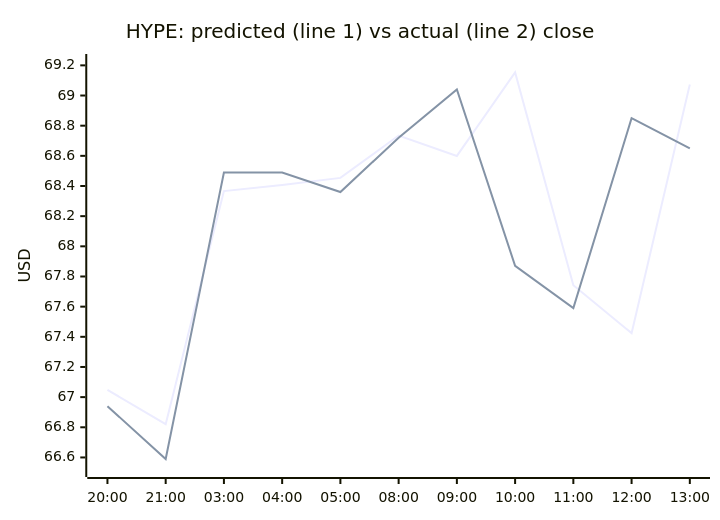
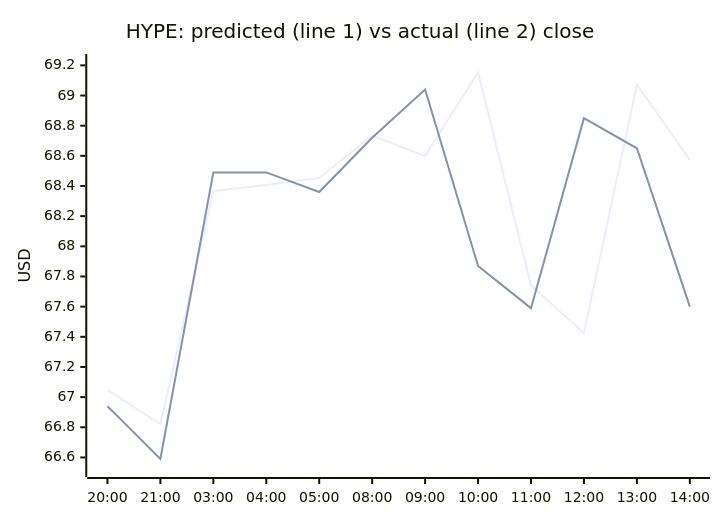
Before and after one commit to samuelkreitl-wq/crypto-hourly-forecaster: the fourth of 4 diagrams in README.md, drawn with Mermaid. The commit also changed other lines of this file and 14 other files, not shown here.

````diff
--- a/README.md
+++ b/README.md
@@ -65,8 +65,8 @@
 ```mermaid
 xychart-beta
     title "HYPE: predicted (line 1) vs actual (line 2) close"
-    x-axis ["20:00", "21:00", "03:00", "04:00", "05:00", "08:00", "09:00", "10:00", "11:00", "12:00", "13:00"]
+    x-axis ["20:00", "21:00", "03:00", "04:00", "05:00", "08:00", "09:00", "10:00", "11:00", "12:00", "13:00", "14:00"]
     y-axis "USD" 66.5234 --> 69.2223
-    line [67.0484, 66.8208, 68.3664, 68.4064, 68.4537, 68.7347, 68.5994, 69.1532, 67.7420, 67.4244, 69.0731]
-    line [66.9400, 66.5900, 68.4900, 68.4900, 68.3600, 68.7200, 69.0400, 67.8700, 67.5900, 68.8500, 68.6500]
+    line [67.0484, 66.8208, 68.3664, 68.4064, 68.4537, 68.7347, 68.5994, 69.1532, 67.7420, 67.4244, 69.0731, 68.5737]
+    line [66.9400, 66.5900, 68.4900, 68.4900, 68.3600, 68.7200, 69.0400, 67.8700, 67.5900, 68.8500, 68.6500, 67.6000]
 ```
````
